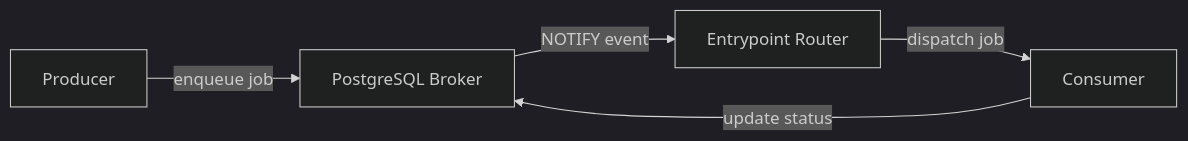
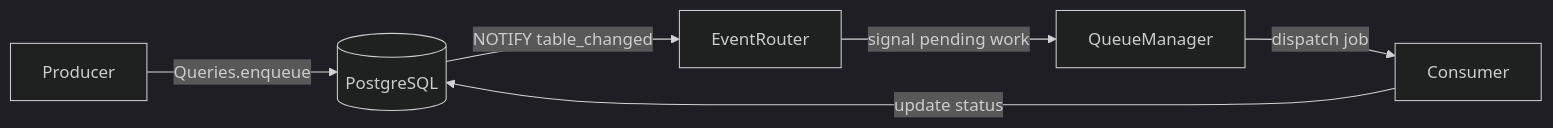
Before and after one commit to janbjorge/pgqueuer: the diagram in docs/architecture.md, drawn with Mermaid (dark theme). The commit also changed other lines of this file, not shown here.

Commit message:
Refine architecture documentation

````diff
--- a/docs/architecture.md
+++ b/docs/architecture.md
@@ -11,12 +9,14 @@
 ```mermaid
 flowchart LR
     P[Producer]
-    DB[PostgreSQL Broker]
-    R[Entrypoint Router]
+    DB[(PostgreSQL)]
+    R[EventRouter]
+    QM[QueueManager]
     C[Consumer]
 
-    P -- enqueue job --> DB
-    DB -- NOTIFY event --> R
-    R -- dispatch job --> C
-    C -- update status --> DB
+    P -- "Queries.enqueue" --> DB
+    DB -- "NOTIFY table_changed" --> R
+    R -- "signal pending work" --> QM
+    QM -- "dispatch job" --> C
+    C -- "update status" --> DB
 ```
````
